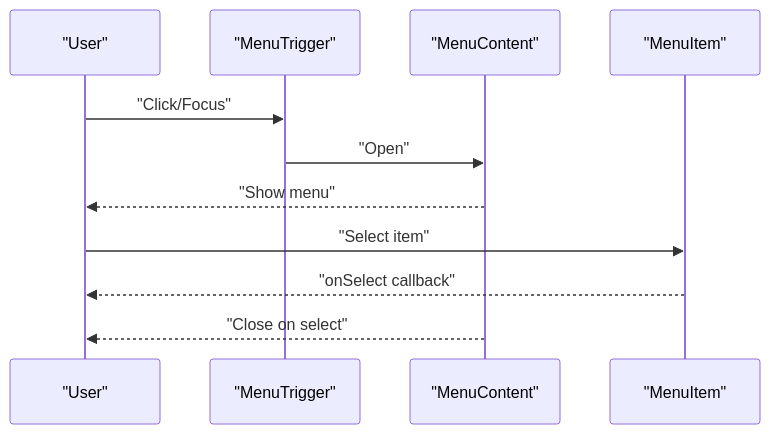
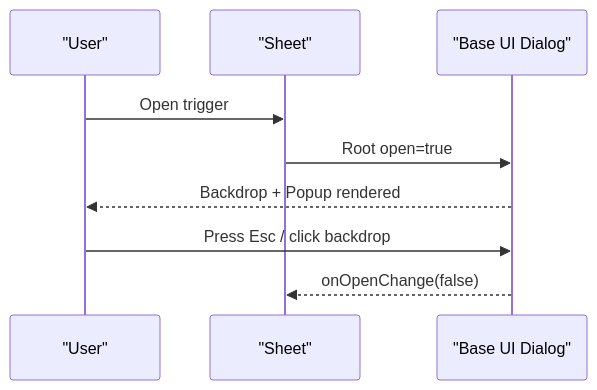
One commit to Meaetin/alibaba-hackathon changed the fifth of 9 diagrams in .qoder/repowiki/en/content/Component Library/Component Library.md. Above: the diagram before and after it, drawn with Mermaid. The commit also changed other lines of this file and 241 other files, not shown here.

````diff
--- a/.qoder/repowiki/en/content/Component Library/Component Library.md
+++ b/.qoder/repowiki/en/content/Component Library/Component Library.md
@@ -241,13 +239,11 @@
 ```mermaid
 sequenceDiagram
 participant U as "User"
-participant T as "MenuTrigger"
-participant C as "MenuContent"
-participant I as "MenuItem"
-U->>T : "Click/Focus"
-T->>C : "Open"
-C-->>U : "Show menu"
-U->>I : "Select item"
-I-->>U : "onSelect callback"
-C-->>U : "Close on select"
+participant S as "Sheet"
+participant D as "Base UI Dialog"
+U->>S : Open trigger
+S->>D : Root open=true
+D-->>U : Backdrop + Popup rendered
+U->>D : Press Esc / click backdrop
+D-->>S : onOpenChange(false)
 ```
````
